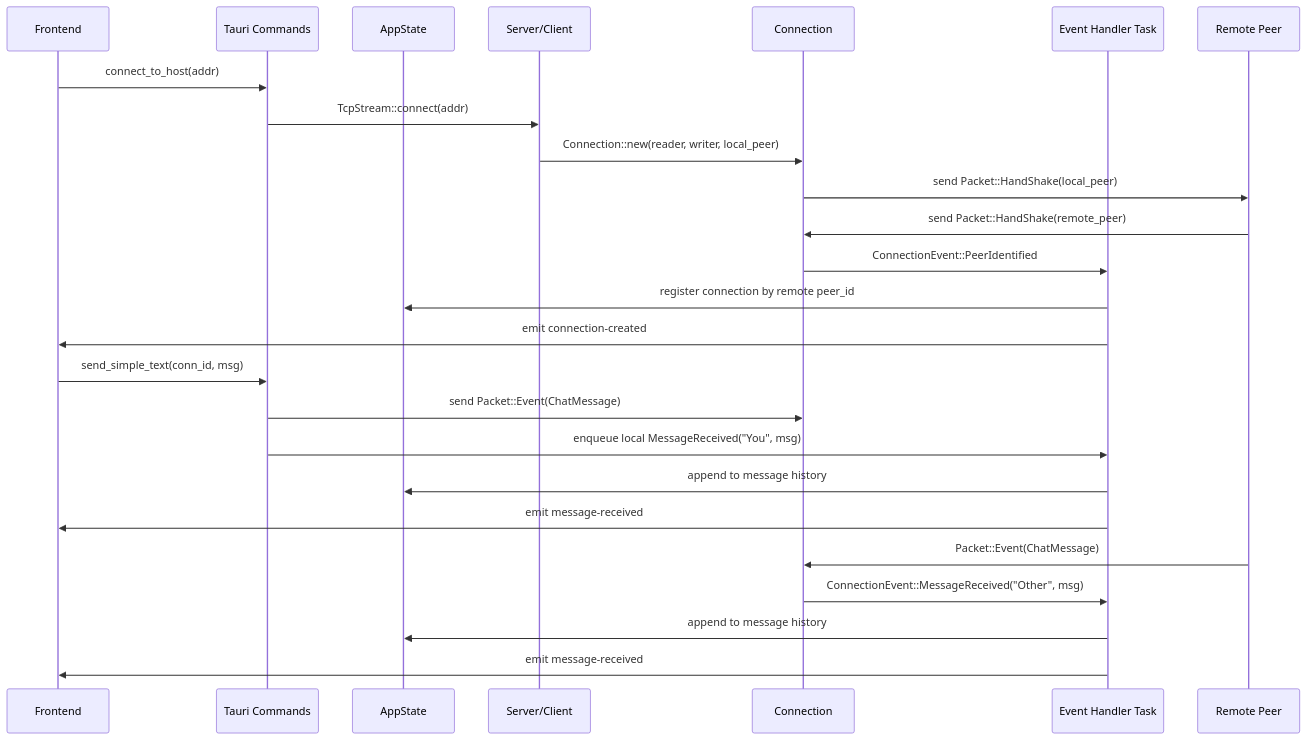
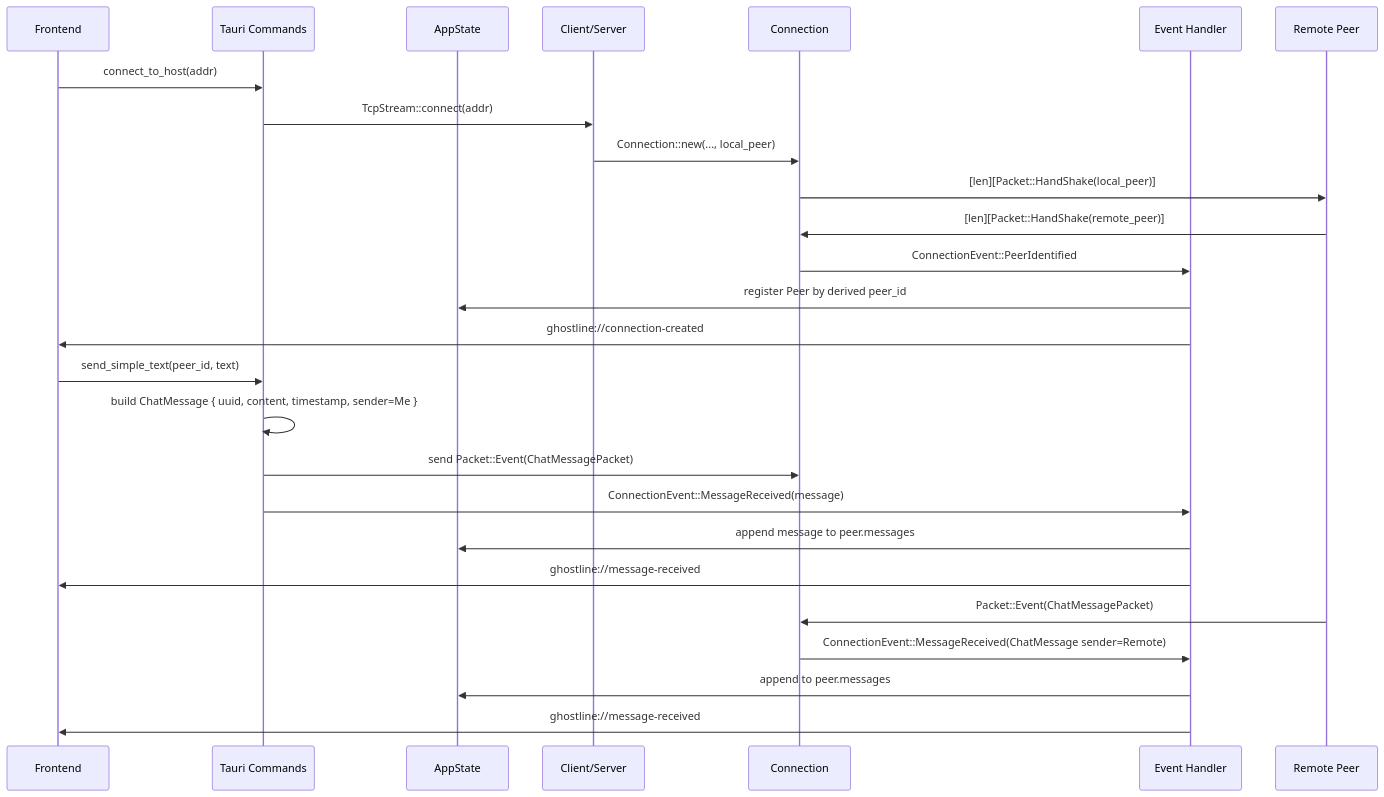
One commit to Subhranil-Maity/ghostline changed the second of 4 diagrams in PROJECT_OVERVIEW.md. Above: the diagram before and after it, drawn with Mermaid. The commit also changed other lines of this file and 13 other files, not shown here.

````diff
--- a/PROJECT_OVERVIEW.md
+++ b/PROJECT_OVERVIEW.md
@@ -108,30 +122,31 @@
 ```mermaid
 sequenceDiagram
     participant FE as Frontend
-    participant TA as Tauri Commands
+    participant TC as Tauri Commands
     participant ST as AppState
-    participant SRV as Server/Client
+    participant CL as Client/Server
     participant CN as Connection
-    participant EH as Event Handler Task
+    participant EH as Event Handler
     participant RP as Remote Peer
 
-    FE->>TA: connect_to_host(addr)
-    TA->>SRV: TcpStream::connect(addr)
-    SRV->>CN: Connection::new(reader, writer, local_peer)
-    CN->>RP: send Packet::HandShake(local_peer)
-    RP->>CN: send Packet::HandShake(remote_peer)
+    FE->>TC: connect_to_host(addr)
+    TC->>CL: TcpStream::connect(addr)
+    CL->>CN: Connection::new(..., local_peer)
+    CN->>RP: [len][Packet::HandShake(local_peer)]
+    RP->>CN: [len][Packet::HandShake(remote_peer)]
     CN->>EH: ConnectionEvent::PeerIdentified
-    EH->>ST: register connection by remote peer_id
-    EH->>FE: emit connection-created
+    EH->>ST: register Peer by derived peer_id
+    EH->>FE: ghostline://connection-created
 
-    FE->>TA: send_simple_text(conn_id, msg)
-    TA->>CN: send Packet::Event(ChatMessage)
-    TA->>EH: enqueue local MessageReceived("You", msg)
-    EH->>ST: append to message history
-    EH->>FE: emit message-received
+    FE->>TC: send_simple_text(peer_id, text)
+    TC->>TC: build ChatMessage { uuid, content, timestamp, sender=Me }
+    TC->>CN: send Packet::Event(ChatMessagePacket)
+    TC->>EH: ConnectionEvent::MessageReceived(message)
+    EH->>ST: append message to peer.messages
+    EH->>FE: ghostline://message-received
 
-    RP->>CN: Packet::Event(ChatMessage)
-    CN->>EH: ConnectionEvent::MessageReceived("Other", msg)
-    EH->>ST: append to message history
-    EH->>FE: emit message-received
+    RP->>CN: Packet::Event(ChatMessagePacket)
+    CN->>EH: ConnectionEvent::MessageReceived(ChatMessage sender=Remote)
+    EH->>ST: append to peer.messages
+    EH->>FE: ghostline://message-received
 ```
````
